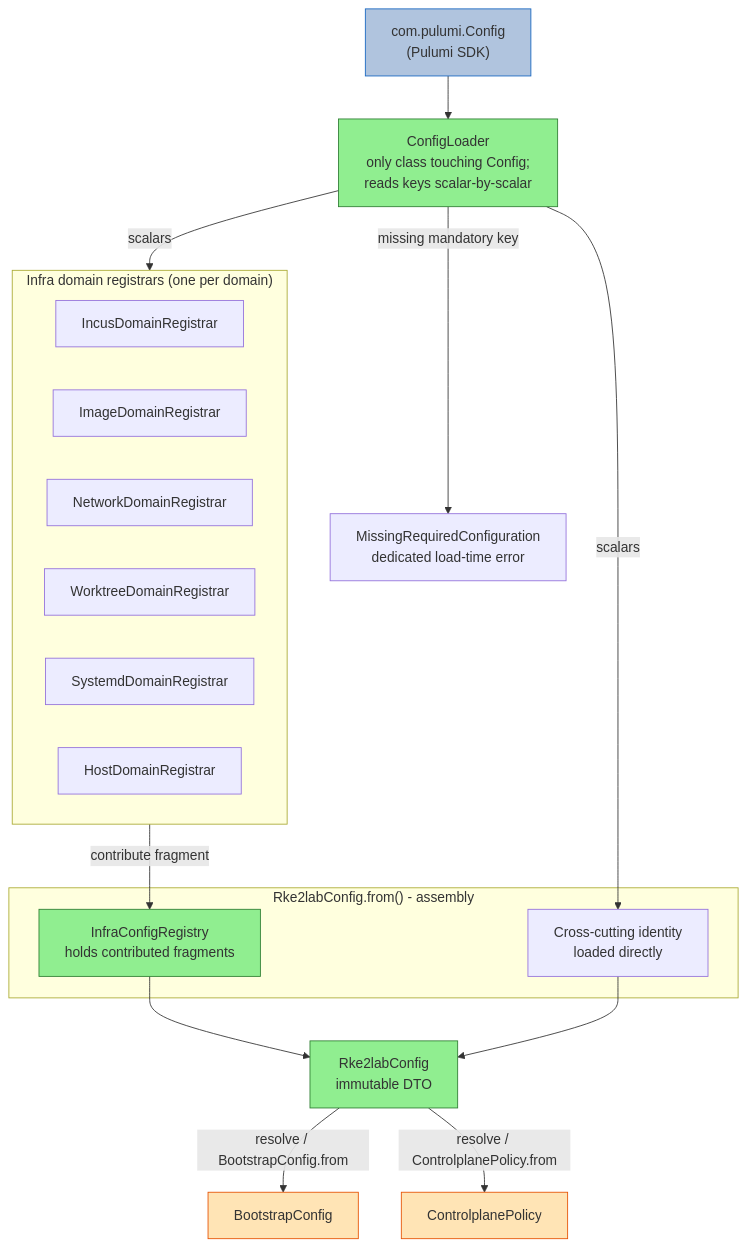
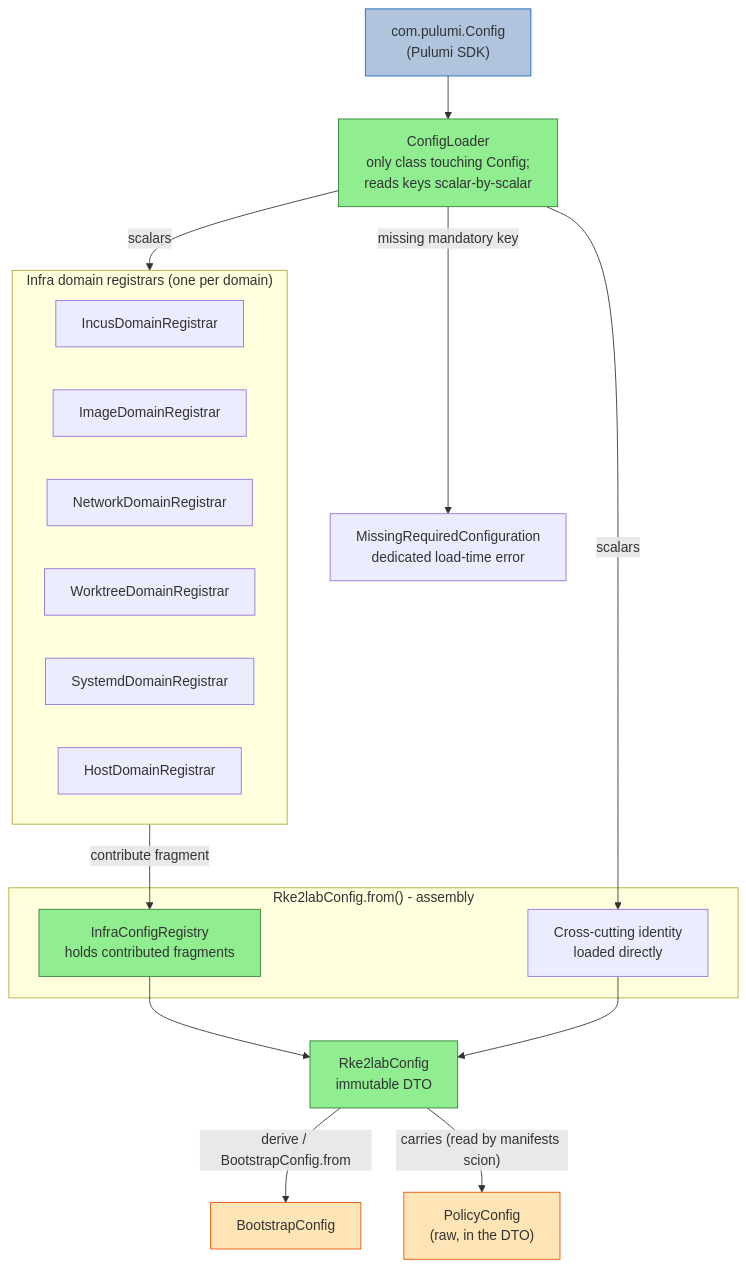
The second of 8 diagrams in docs/architecture/config/config-restructuring-spec.adoc (nxmatic/rke2lab), drawn with Mermaid before and after one commit. The commit also changed other lines of this file and 18 other files, not shown here.

```diff
--- a/docs/architecture/config/config-restructuring-spec.adoc
+++ b/docs/architecture/config/config-restructuring-spec.adoc
@@ -105,42 +105,42 @@
 [mermaid]
 ----
 graph TB
     PULUMI["com.pulumi.Config<br/>(Pulumi SDK)"]
     LOADER["ConfigLoader<br/>only class touching Config;<br/>reads keys scalar-by-scalar"]
     EXC["MissingRequiredConfiguration<br/>dedicated load-time error"]
 
     subgraph assembly["Rke2labConfig.from() - assembly"]
         REGISTRY["InfraConfigRegistry<br/>holds contributed fragments"]
         XID["Cross-cutting identity<br/>loaded directly"]
     end
 
     subgraph registrars["Infra domain registrars (one per domain)"]
         RIN["IncusDomainRegistrar"]
         RIM["ImageDomainRegistrar"]
         RNE["NetworkDomainRegistrar"]
         RWO["WorktreeDomainRegistrar"]
         RSY["SystemdDomainRegistrar"]
         RHO["HostDomainRegistrar"]
     end
 
     DTO["Rke2labConfig<br/>immutable DTO"]
     BOOT["BootstrapConfig"]
-    POL["ControlplanePolicy"]
+    POL["PolicyConfig<br/>(raw, in the DTO)"]
 
     PULUMI --> LOADER
     LOADER -->|"missing mandatory key"| EXC
     registrars -->|"contribute fragment"| REGISTRY
     LOADER -->|"scalars"| registrars
     LOADER -->|"scalars"| XID
     REGISTRY --> DTO
     XID --> DTO
-    DTO -->|"resolve / BootstrapConfig.from"| BOOT
-    DTO -->|"resolve / ControlplanePolicy.from"| POL
+    DTO -->|"derive / BootstrapConfig.from"| BOOT
+    DTO -->|"carries (read by manifests scion)"| POL
 
     style LOADER fill:#90EE90,stroke:#2e7d32
     style REGISTRY fill:#90EE90,stroke:#2e7d32
     style DTO fill:#90EE90,stroke:#2e7d32
     style PULUMI fill:#B0C4DE,stroke:#1565c0
     style BOOT fill:#FFE4B5,stroke:#e65100
     style POL fill:#FFE4B5,stroke:#e65100
 ----
```
